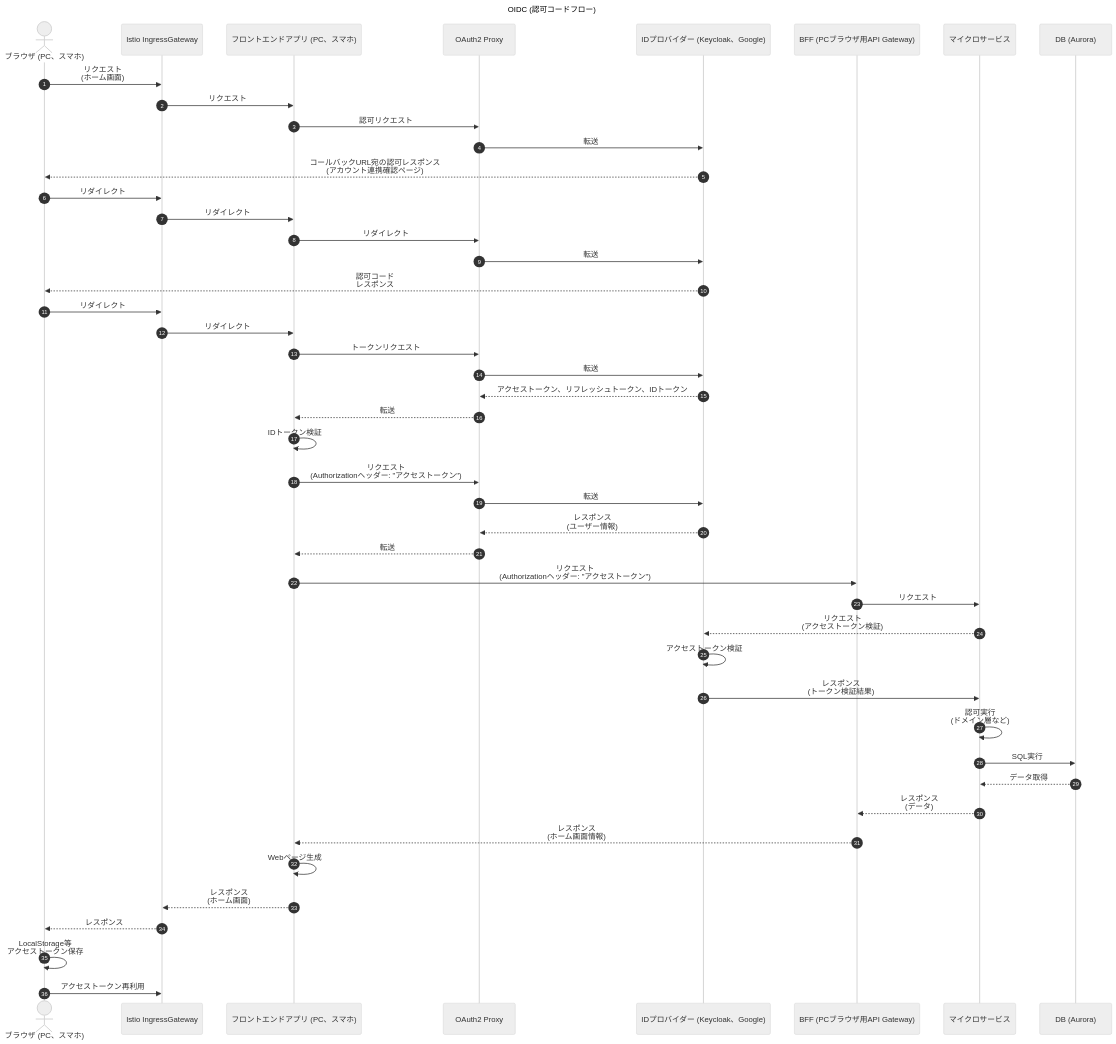
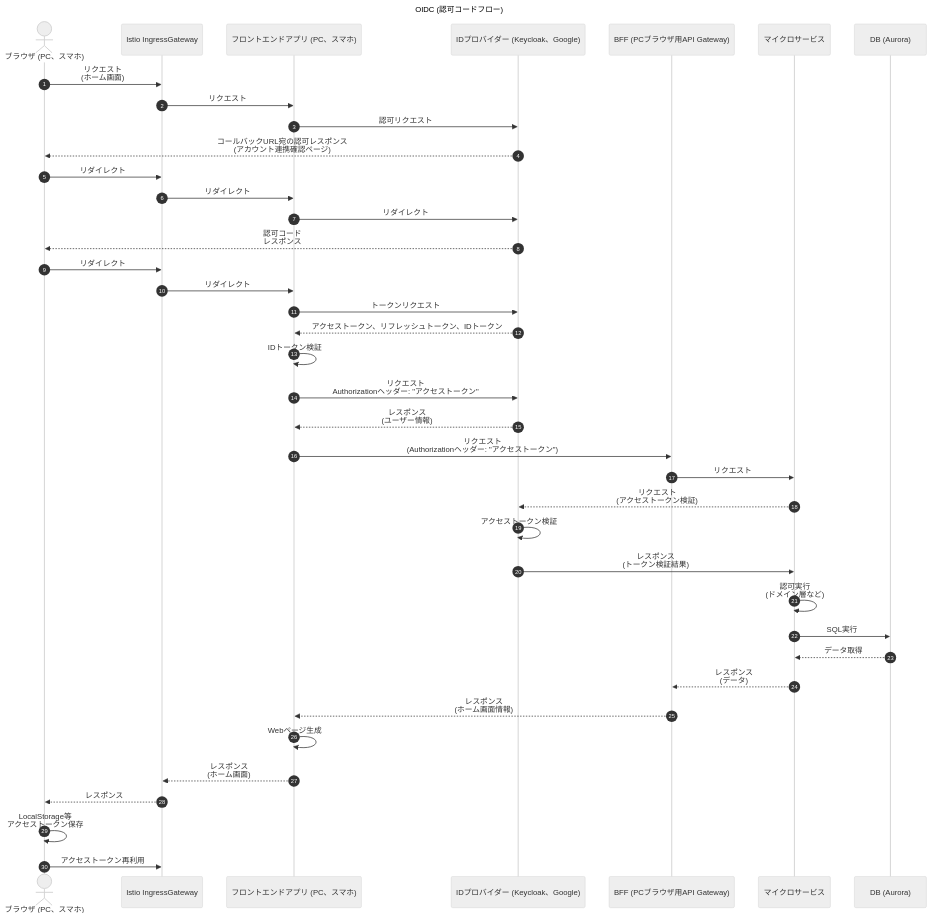
One commit to hiroki-it/hatenablog changed the diagram in dist/draft/【Kubernetes☸️】CNCFとAWSを組み合わせたマイクロサービスアーキテクチャ設計の考察.md. Above: the diagram before and after it, drawn with Mermaid (neutral theme).

Commit message:
update 記事を更新した。

````diff
--- a/dist/draft/【Kubernetes☸️】CNCFとAWSを組み合わせたマイクロサービスアーキテクチャ設計の考察.md
+++ b/dist/draft/【Kubernetes☸️】CNCFとAWSを組み合わせたマイクロサービスアーキテクチャ設計の考察.md
@@ -75,83 +75,70 @@
 ```mermaid
 ---
 title: OIDC (認可コードフロー)
 ---
 sequenceDiagram
 
-autonumber
+    autonumber
 
     actor ブラウザ (PC、スマホ)
 
     ブラウザ (PC、スマホ) ->> Istio IngressGateway: リクエスト<br>(ホーム画面)
 
     Istio IngressGateway ->> フロントエンドアプリ (PC、スマホ) : リクエスト
 
-    フロントエンドアプリ (PC、スマホ) ->> OAuth2 Proxy: 認可リクエスト
-
-    OAuth2 Proxy ->> IDプロバイダー (Keycloak、Google) : 転送
+    フロントエンドアプリ (PC、スマホ) ->> IDプロバイダー (Keycloak、Google) : 認可リクエスト
 
     IDプロバイダー (Keycloak、Google) -->> ブラウザ (PC、スマホ) : コールバックURL宛の認可レスポンス<br>(アカウント連携確認ページ)
 
     ブラウザ (PC、スマホ) ->> Istio IngressGateway: リダイレクト
 
     Istio IngressGateway ->> フロントエンドアプリ (PC、スマホ) : リダイレクト
 
-    フロントエンドアプリ (PC、スマホ) ->> OAuth2 Proxy: リダイレクト
-
-    OAuth2 Proxy ->> IDプロバイダー (Keycloak、Google) : 転送
+    フロントエンドアプリ (PC、スマホ) ->> IDプロバイダー (Keycloak、Google) : リダイレクト
 
     IDプロバイダー (Keycloak、Google) -->> ブラウザ (PC、スマホ) : 認可コード<br>レスポンス
 
     ブラウザ (PC、スマホ) ->> Istio IngressGateway: リダイレクト
 
     Istio IngressGateway ->> フロントエンドアプリ (PC、スマホ) : リダイレクト
 
-    フロントエンドアプリ (PC、スマホ) ->> OAuth2 Proxy: トークンリクエスト
+    フロントエンドアプリ (PC、スマホ) ->> IDプロバイダー (Keycloak、Google) : トークンリクエスト
 
-    OAuth2 Proxy ->> IDプロバイダー (Keycloak、Google) : 転送
-
-    IDプロバイダー (Keycloak、Google) -->> OAuth2 Proxy : アクセストークン、リフレッシュトークン、IDトークン
-
-    OAuth2 Proxy -->> フロントエンドアプリ (PC、スマホ) : 転送
+    IDプロバイダー (Keycloak、Google) -->> フロントエンドアプリ (PC、スマホ) : アクセストークン、リフレッシュトークン、IDトークン
 
     フロントエンドアプリ (PC、スマホ) ->> フロントエンドアプリ (PC、スマホ) : IDトークン検証
 
-    フロントエンドアプリ (PC、スマホ) ->> OAuth2 Proxy: リクエスト<br>(Authorizationヘッダー: "アクセストークン")
+    フロントエンドアプリ (PC、スマホ) ->> IDプロバイダー (Keycloak、Google): リクエスト<br>Authorizationヘッダー: "アクセストークン"
 
-    OAuth2 Proxy ->> IDプロバイダー (Keycloak、Google) : 転送
-
-    IDプロバイダー (Keycloak、Google) -->> OAuth2 Proxy : レスポンス<br>(ユーザー情報)
-
-    OAuth2 Proxy -->> フロントエンドアプリ (PC、スマホ) : 転送
+    IDプロバイダー (Keycloak、Google) -->> フロントエンドアプリ (PC、スマホ) : レスポンス<br>(ユーザー情報)
 
     フロントエンドアプリ (PC、スマホ) ->> BFF (PCブラウザ用API Gateway): リクエスト<br>(Authorizationヘッダー: "アクセストークン")
 
     BFF (PCブラウザ用API Gateway) ->> マイクロサービス : リクエスト
 
     マイクロサービス -->> IDプロバイダー (Keycloak、Google) : リクエスト<br>(アクセストークン検証)
 
     IDプロバイダー (Keycloak、Google) ->> IDプロバイダー (Keycloak、Google) : アクセストークン検証
 
     IDプロバイダー (Keycloak、Google) ->> マイクロサービス : レスポンス<br>(トークン検証結果)
 
     マイクロサービス ->> マイクロサービス : 認可実行<br>(ドメイン層など)
 
     マイクロサービス ->> DB (Aurora): SQL実行
 
     DB (Aurora) -->> マイクロサービス : データ取得
 
     マイクロサービス -->> BFF (PCブラウザ用API Gateway) : レスポンス<br>(データ)
 
     BFF (PCブラウザ用API Gateway) -->> フロントエンドアプリ (PC、スマホ) : レスポンス<br>(ホーム画面情報)
 
     フロントエンドアプリ (PC、スマホ) ->> フロントエンドアプリ (PC、スマホ) : Webページ生成
 
     フロントエンドアプリ (PC、スマホ) -->> Istio IngressGateway: レスポンス<br>(ホーム画面)
 
     Istio IngressGateway -->> ブラウザ (PC、スマホ): レスポンス
 
     ブラウザ (PC、スマホ) ->> ブラウザ (PC、スマホ) : LocalStorage等<br>アクセストークン保存
 
     ブラウザ (PC、スマホ) ->> Istio IngressGateway : アクセストークン再利用
-
 ```
````
